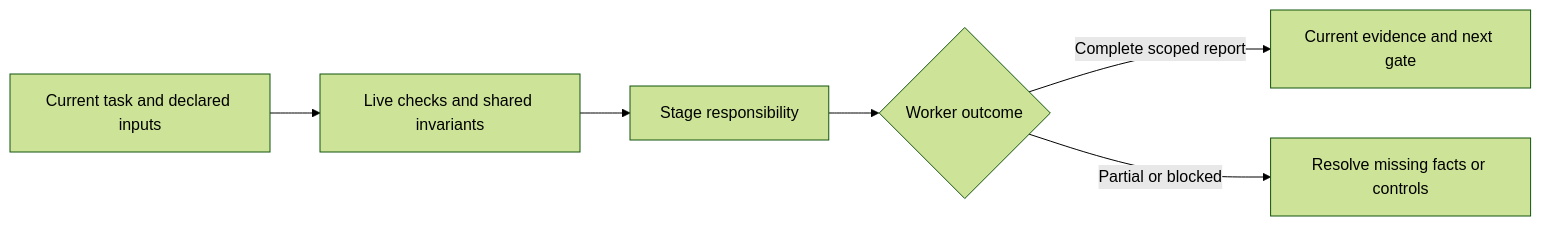
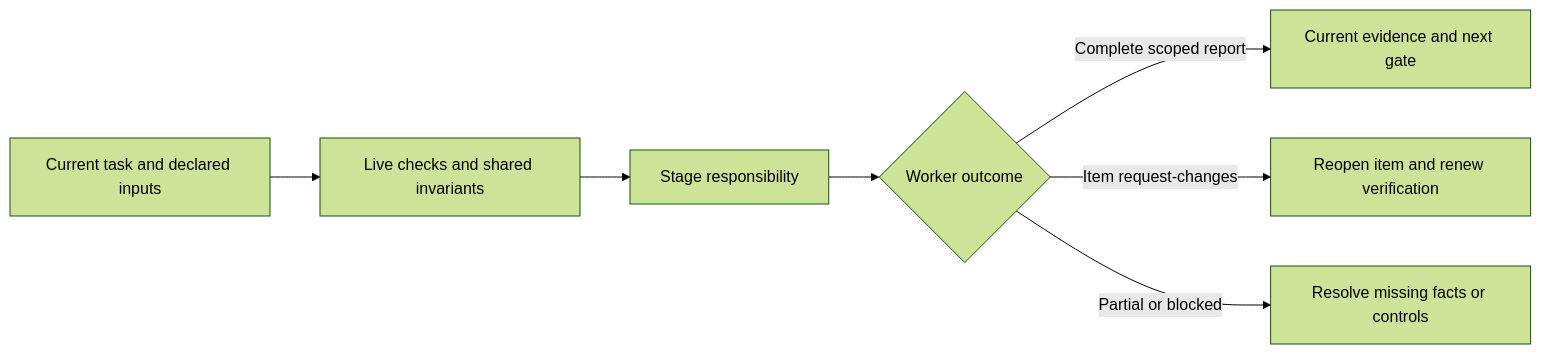
One commit to wgentil/devflow changed the diagram in skills/review-work/SKILL.md. Above: the diagram before and after it, drawn with Mermaid (forest theme). The commit also changed other lines of this file and 8 other files, not shown here.

````diff
--- a/skills/review-work/SKILL.md
+++ b/skills/review-work/SKILL.md
@@ -14,8 +14,9 @@
 ```mermaid
 flowchart LR
     Scope[Current task and declared inputs] --> Checks[Live checks and shared invariants]
     Checks --> Work[Stage responsibility]
     Work --> Result{Worker outcome}
     Result -->|Complete scoped report| Evidence[Current evidence and next gate]
+    Result -->|Item request-changes| Retry[Reopen item and renew verification]
     Result -->|Partial or blocked| Recover[Resolve missing facts or controls]
 ```
````
